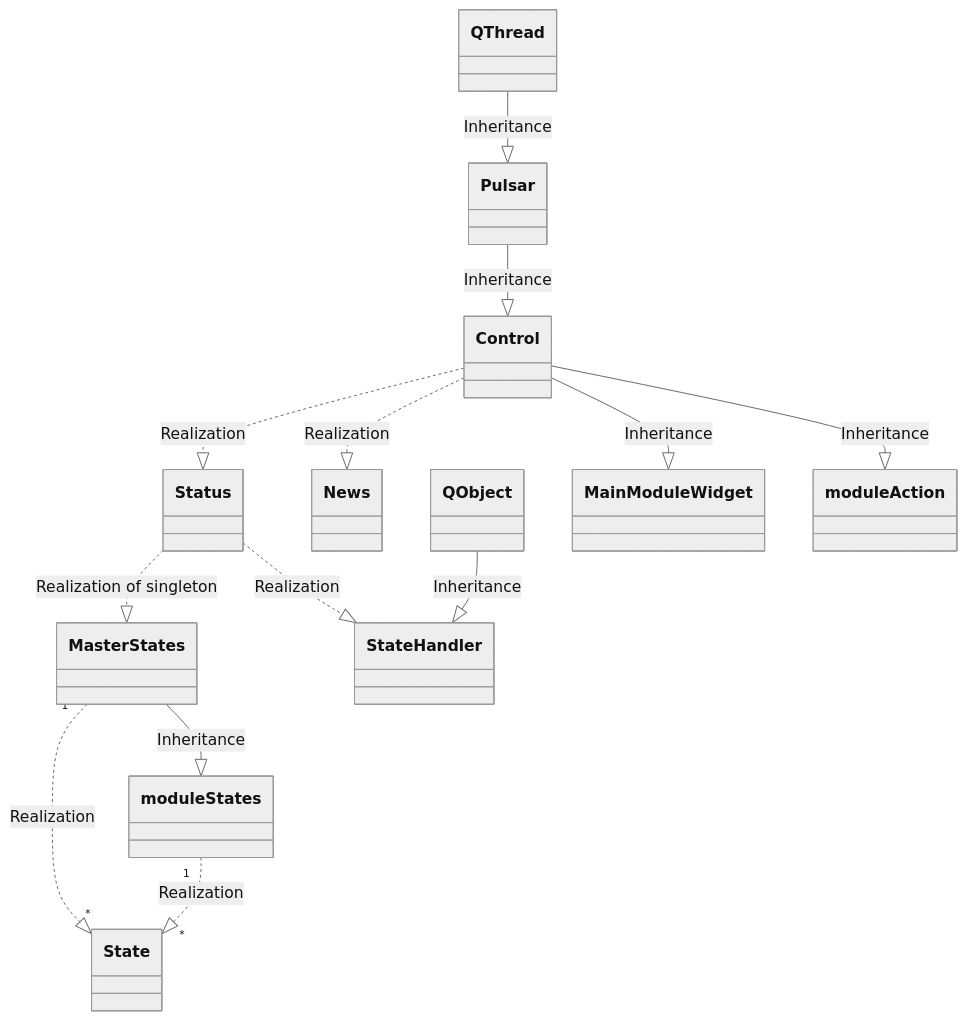
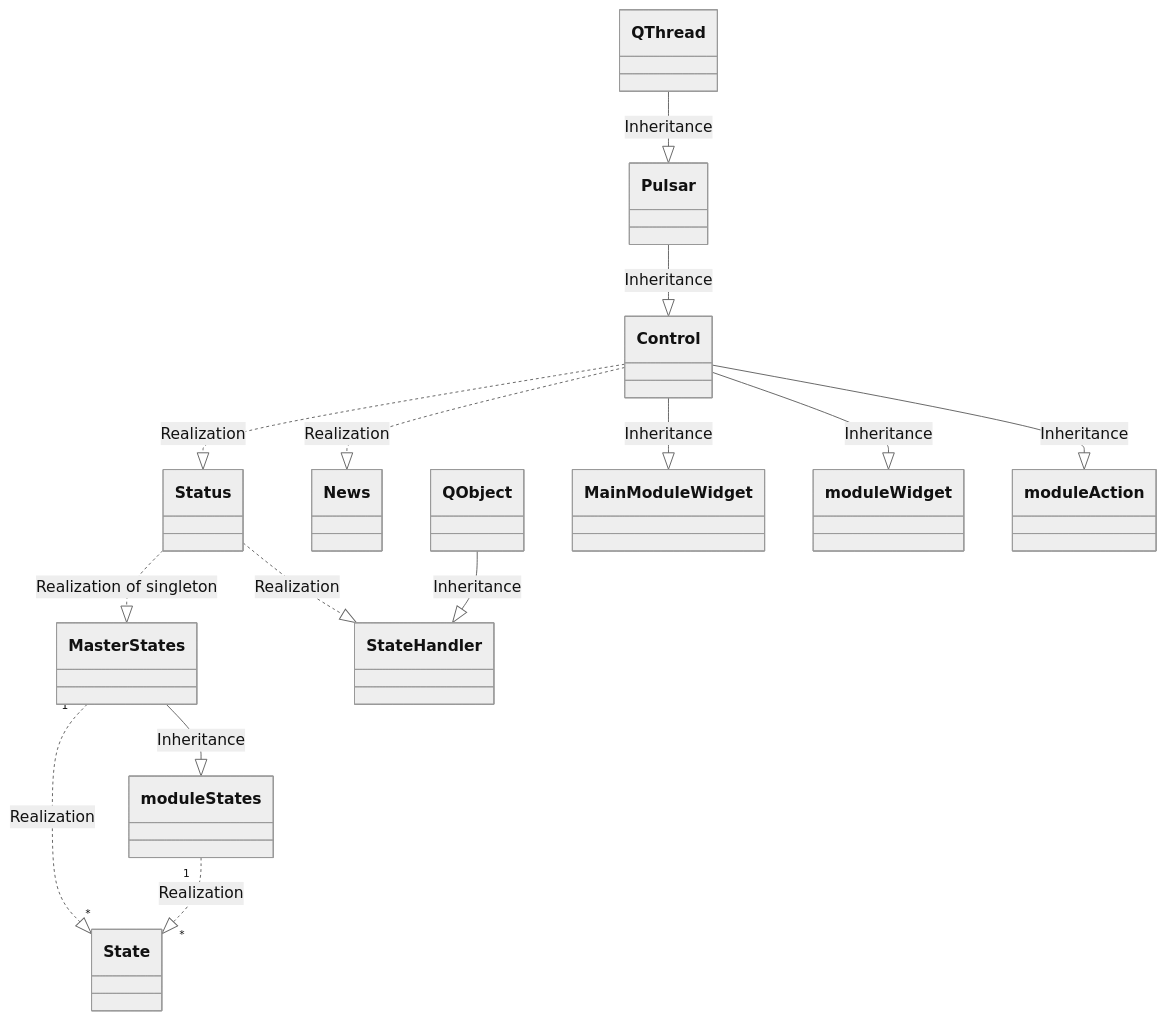
One commit to tud-hri/joan changed the diagram in docs/process.md. Above: the diagram before and after it, drawn with Mermaid (neutral theme).

Commit message:
added moduleWidget

````diff
--- a/docs/process.md
+++ b/docs/process.md
@@ -14,28 +14,29 @@
 ```mermaid
     classDiagram
         class Status
         class News
         class State
         class MasterStates
         class StateHandler
         class Pulsar
         class QObject
         class QThread
         class MainModuleWidget
+        class moduleWidget
         class moduleAction
         class moduleStates
 
         MasterStates "1" ..|> "*" State : Realization
         Status ..|> MasterStates : Realization of singleton
         Status ..|> StateHandler : Realization
         QObject --|> StateHandler : Inheritance
         QThread --|> Pulsar : Inheritance
         Pulsar --|> Control : Inheritance
         Control ..|> Status : Realization
         Control ..|> News : Realization
-
+        Control --|> moduleWidget : Inheritance
         Control --|> moduleAction : Inheritance
         Control  --|> MainModuleWidget : Inheritance
         MasterStates --|> moduleStates : Inheritance
         moduleStates "1" ..|> "*" State : Realization
 ```
````
